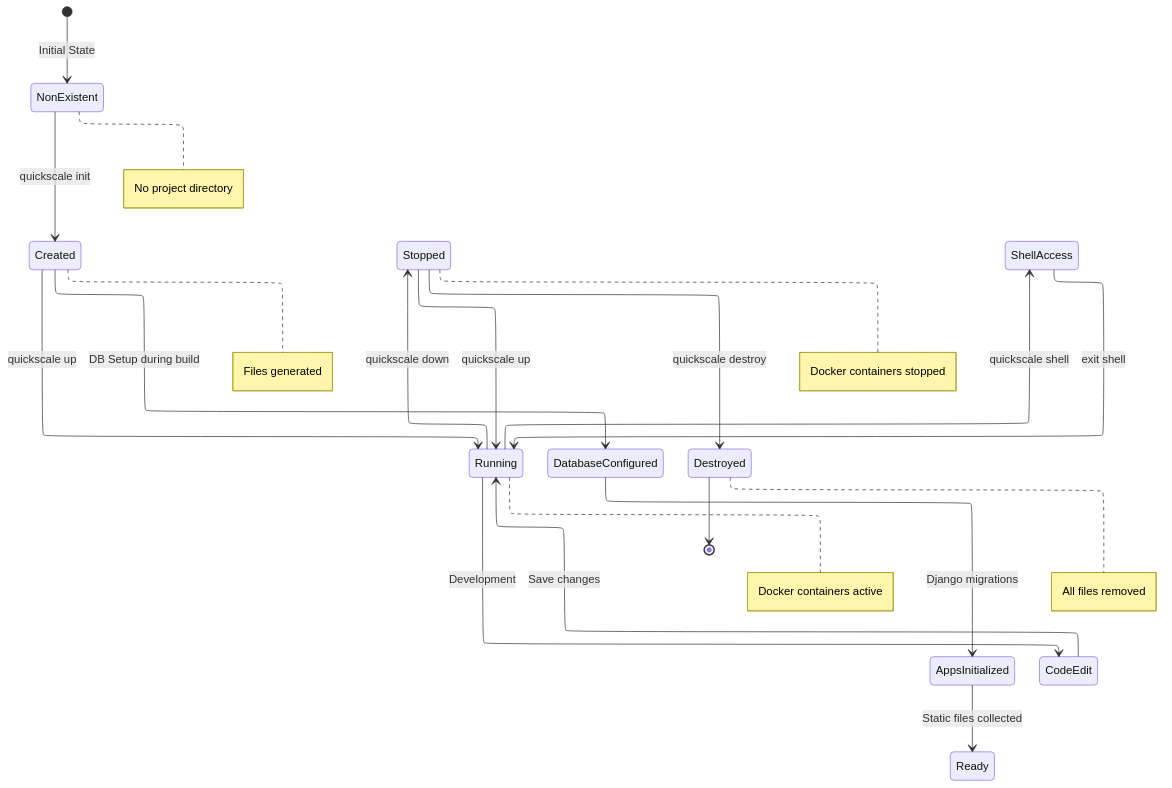
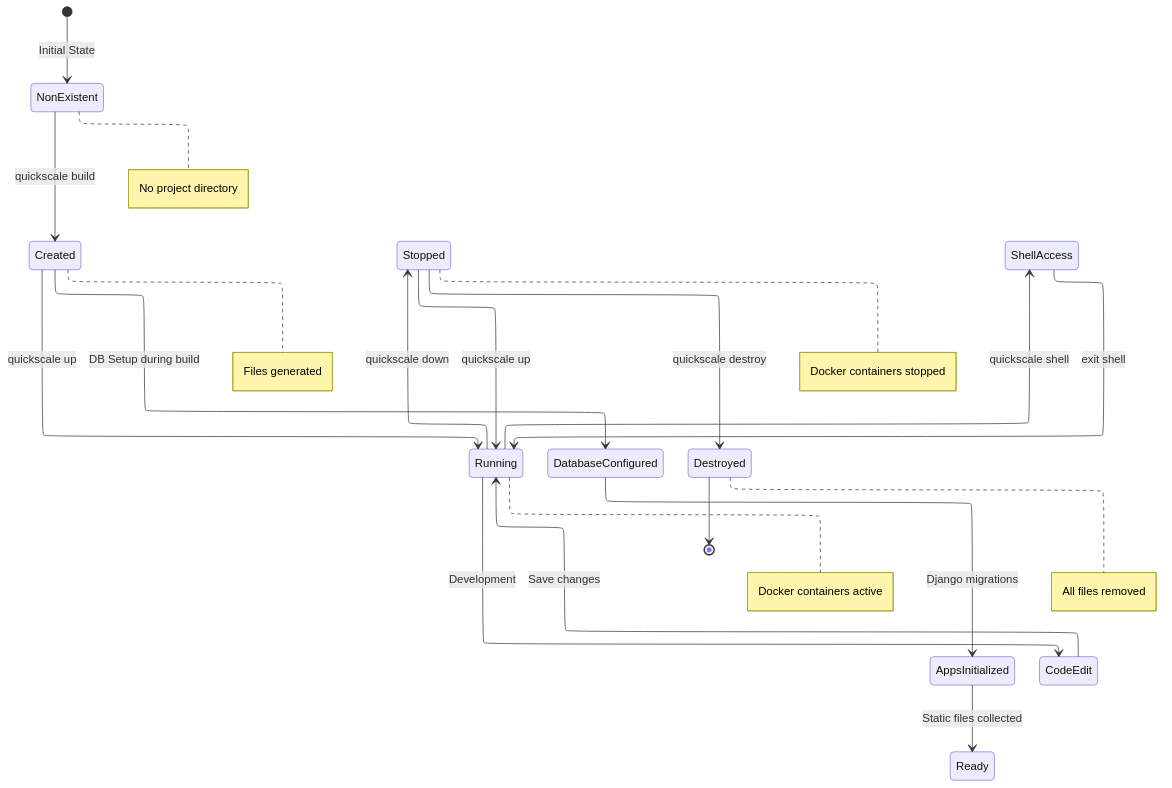
The second of 6 diagrams in TECHNICAL_DOCS.md (Experto-AI/quickscale), drawn with Mermaid before and after one commit. The commit also changed other lines of this file and 248 other files, not shown here.

````diff
--- a/TECHNICAL_DOCS.md
+++ b/TECHNICAL_DOCS.md
@@ -443,28 +282,28 @@
 ```mermaid
 ---
 config:
   look: classic
   layout: elk
 ---
 stateDiagram
   direction TB
   [*] --> NonExistent:Initial State
-  NonExistent --> Created:quickscale init
+  NonExistent --> Created:quickscale build
   Created --> Running:quickscale up
   Running --> Stopped:quickscale down
   Stopped --> Running:quickscale up
   Created --> DatabaseConfigured:DB Setup during build
   DatabaseConfigured --> AppsInitialized:Django migrations
   AppsInitialized --> Ready:Static files collected
   Running --> ShellAccess:quickscale shell
   ShellAccess --> Running:exit shell
   Running --> CodeEdit:Development
   CodeEdit --> Running:Save changes
   Stopped --> Destroyed:quickscale destroy
   Destroyed --> [*]
   note right of NonExistent : No project directory
   note right of Created : Files generated
   note right of Running : Docker containers active
   note right of Stopped : Docker containers stopped
   note right of Destroyed : All files removed
 ```
````
